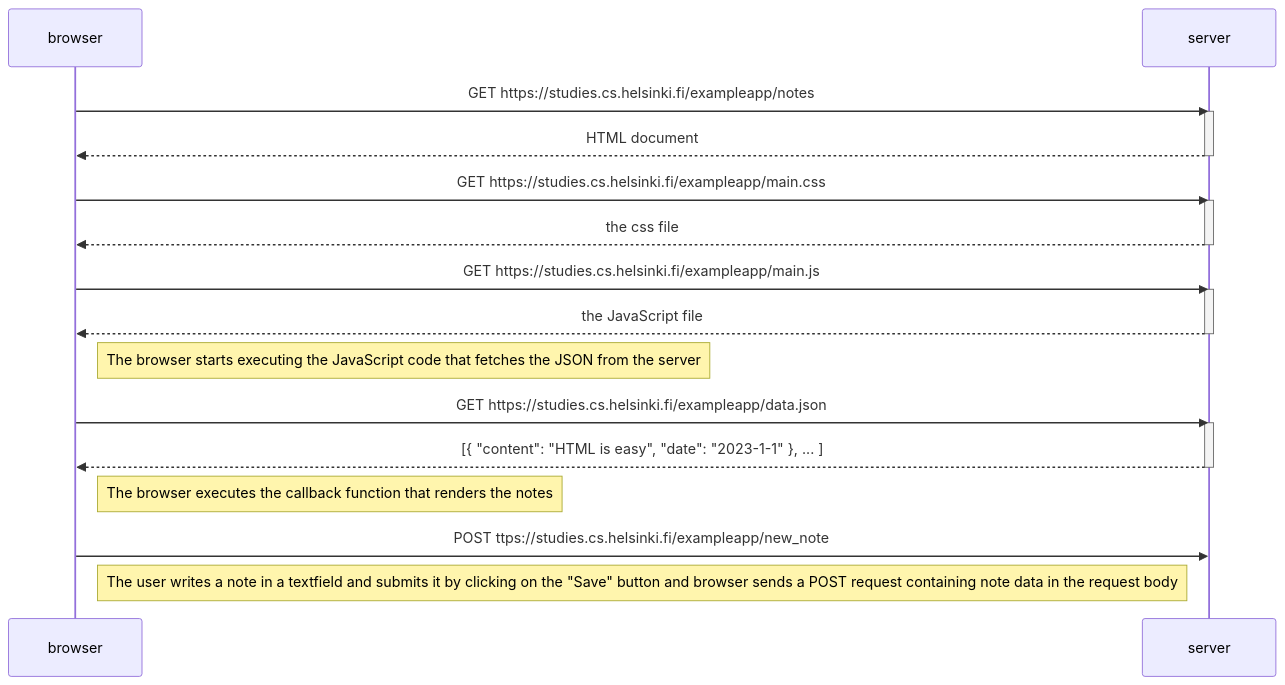
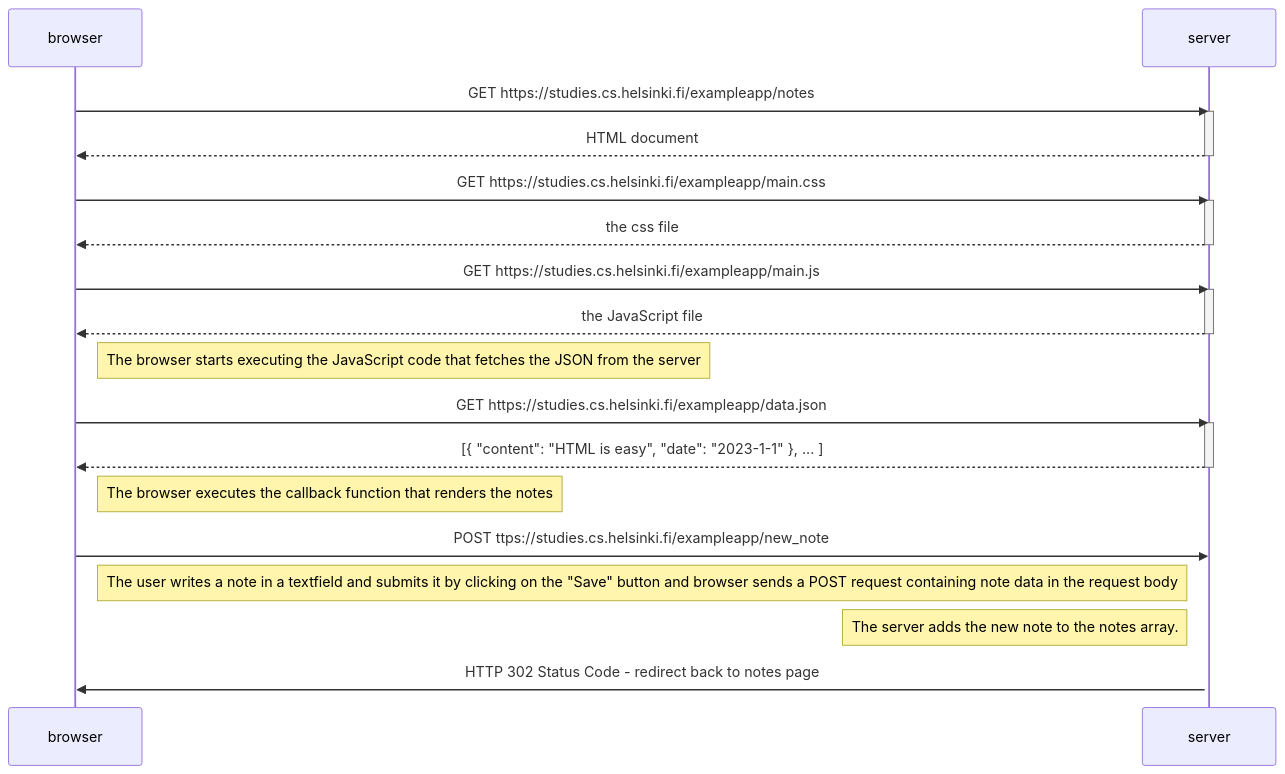
The diagram in part0/sequenceDiagram.md (anasommer/fullstackopen), drawn with Mermaid before and after one commit.

Commit message:
response 302

````diff
--- a/part0/sequenceDiagram.md
+++ b/part0/sequenceDiagram.md
@@ -1,36 +1,42 @@
 ```mermaid
 sequenceDiagram
     participant browser
     participant server
 
     browser->>server: GET https://studies.cs.helsinki.fi/exampleapp/notes
     activate server
     server-->>browser: HTML document
     deactivate server
 
     browser->>server: GET https://studies.cs.helsinki.fi/exampleapp/main.css
     activate server
     server-->>browser: the css file
     deactivate server
 
     browser->>server: GET https://studies.cs.helsinki.fi/exampleapp/main.js
     activate server
     server-->>browser: the JavaScript file
     deactivate server
 
     Note right of browser: The browser starts executing the JavaScript code that fetches the JSON from the server
 
     browser->>server: GET https://studies.cs.helsinki.fi/exampleapp/data.json
     activate server
     server-->>browser: [{ "content": "HTML is easy", "date": "2023-1-1" }, ... ]
     deactivate server
 
     Note right of browser: The browser executes the callback function that renders the notes
 
 
     browser->>server: POST ttps://studies.cs.helsinki.fi/exampleapp/new_note
     activate server
 
         Note right of browser: The user writes a note in a textfield and submits it by clicking on the "Save" button and browser sends a POST request containing note data in the request body
 
+        Note left of server: The server adds the new note to the notes array.
+
+    server->>browser: HTTP 302 Status Code - redirect back to notes page
+    activate browser
+
+
 ```
````
